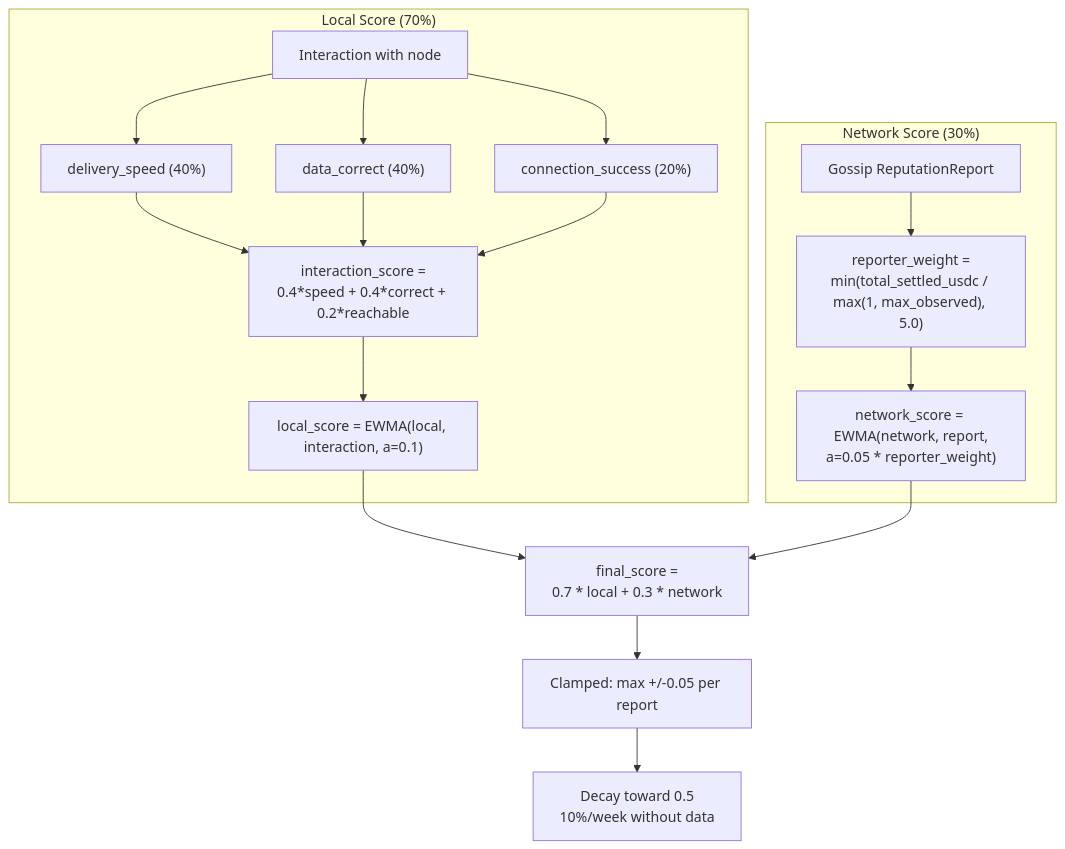
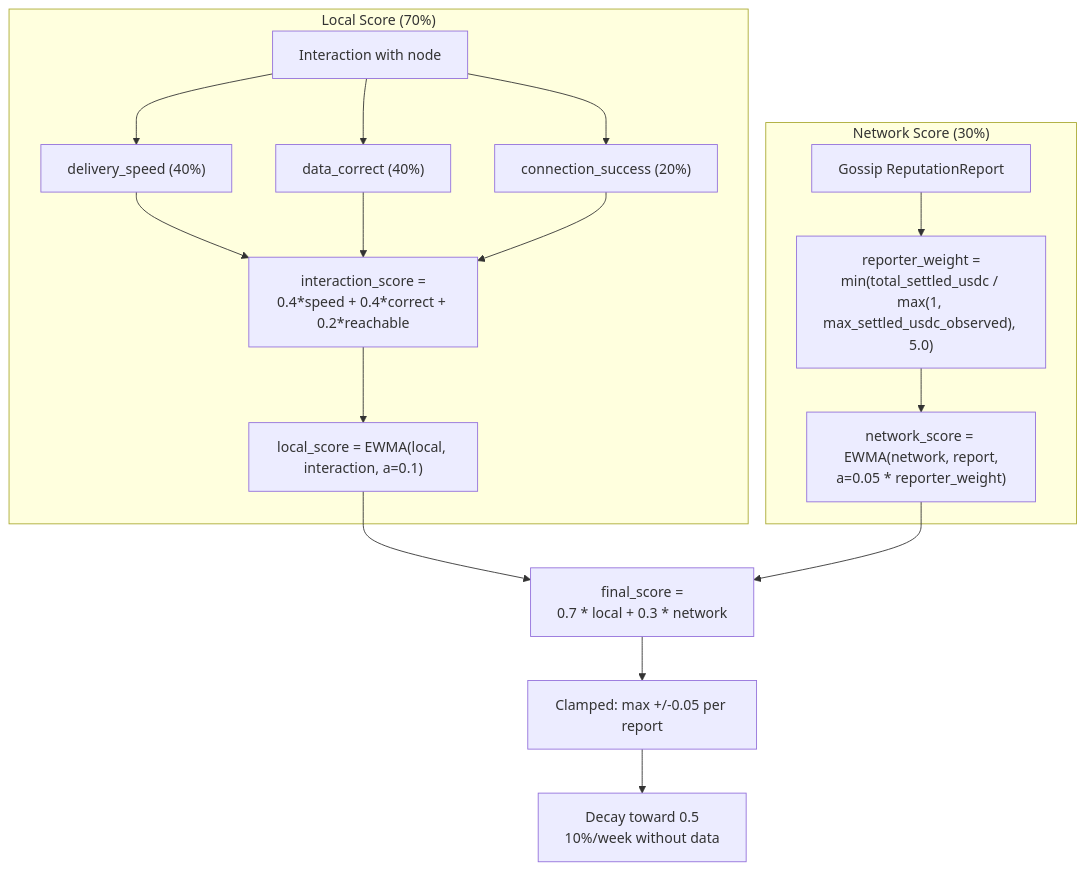
The first of 2 diagrams in adr/008-reputation.md (decdn/decdn), drawn with Mermaid before and after one commit. The commit also changed other lines of this file, not shown here.

First line of the commit message:
docs: address review feedback on reporter weight formula clarity

````diff
--- a/adr/008-reputation.md
+++ b/adr/008-reputation.md
@@ -69,23 +70,23 @@
 ```mermaid
 flowchart TD
     subgraph Local["Local Score (70%)"]
         I[Interaction with node] --> M1["delivery_speed (40%)"]
         I --> M2["data_correct (40%)"]
         I --> M3["connection_success (20%)"]
         M1 --> IS["interaction_score =<br/>0.4*speed + 0.4*correct + 0.2*reachable"]
         M2 --> IS
         M3 --> IS
         IS --> EWMA1["local_score = EWMA(local, interaction, a=0.1)"]
     end
 
     subgraph Network["Network Score (30%)"]
-        GR[Gossip ReputationReport] --> RW["reporter_weight =<br/>min(total_settled_usdc / max(1, max_observed), 5.0)"]
+        GR[Gossip ReputationReport] --> RW["reporter_weight =<br/>min(total_settled_usdc / max(1, max_settled_usdc_observed), 5.0)"]
         RW --> EWMA2["network_score = EWMA(network, report,<br/>a=0.05 * reporter_weight)"]
     end
 
     EWMA1 --> FINAL["final_score =<br/>0.7 * local + 0.3 * network"]
     EWMA2 --> FINAL
 
     FINAL --> CLAMP["Clamped: max +/-0.05 per report"]
     CLAMP --> DECAY["Decay toward 0.5<br/>10%/week without data"]
 ```
````
